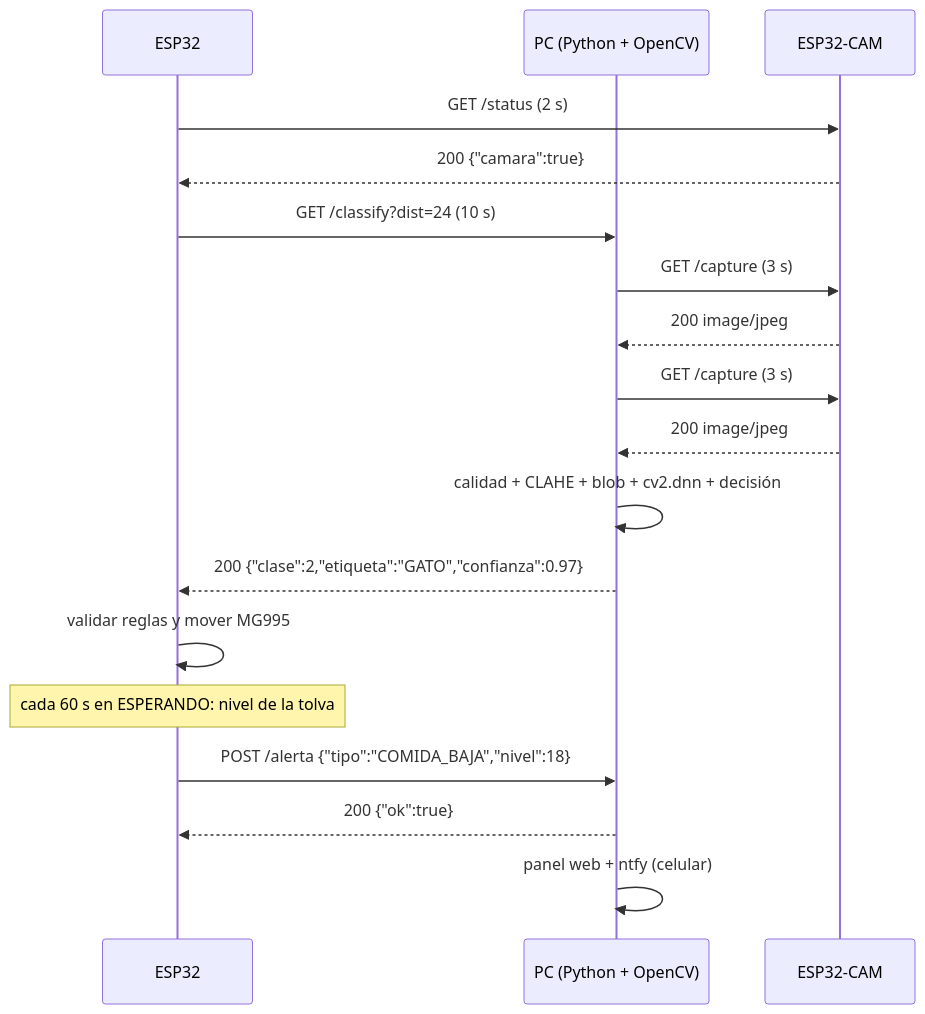
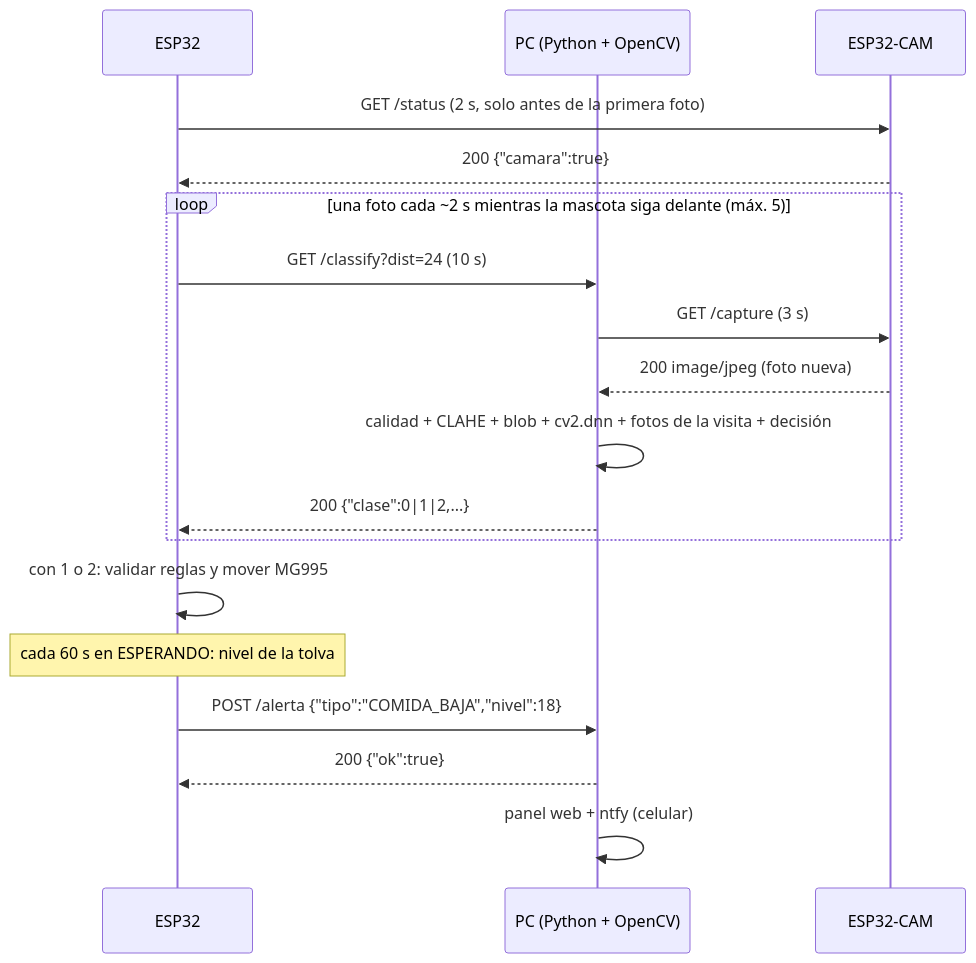
The second of 3 diagrams in README.md (bryanramosing-ux/Proyecto-Dispensador-IOT), drawn with Mermaid before and after one commit. The commit also changed other lines of this file and 13 other files, not shown here.

First line of the commit message:
Fotos cada 2 s en vez de video y funcionamiento 100 % local

````diff
--- a/README.md
+++ b/README.md
@@ -406,20 +426,20 @@
 ```mermaid
 sequenceDiagram
   participant E as ESP32
   participant P as PC (Python + OpenCV)
   participant C as ESP32-CAM
-  E->>C: GET /status (2 s)
+  E->>C: GET /status (2 s, solo antes de la primera foto)
   C-->>E: 200 {"camara":true}
-  E->>P: GET /classify?dist=24 (10 s)
-  P->>C: GET /capture (3 s)
-  C-->>P: 200 image/jpeg
-  P->>C: GET /capture (3 s)
-  C-->>P: 200 image/jpeg
-  P->>P: calidad + CLAHE + blob + cv2.dnn + decisión
-  P-->>E: 200 {"clase":2,"etiqueta":"GATO","confianza":0.97}
-  E->>E: validar reglas y mover MG995
+  loop una foto cada ~2 s mientras la mascota siga delante (máx. 5)
+    E->>P: GET /classify?dist=24 (10 s)
+    P->>C: GET /capture (3 s)
+    C-->>P: 200 image/jpeg (foto nueva)
+    P->>P: calidad + CLAHE + blob + cv2.dnn + fotos de la visita + decisión
+    P-->>E: 200 {"clase":0|1|2,...}
+  end
+  E->>E: con 1 o 2: validar reglas y mover MG995
   Note over E: cada 60 s en ESPERANDO: nivel de la tolva
   E->>P: POST /alerta {"tipo":"COMIDA_BAJA","nivel":18}
   P-->>E: 200 {"ok":true}
   P->>P: panel web + ntfy (celular)
 ```
````
